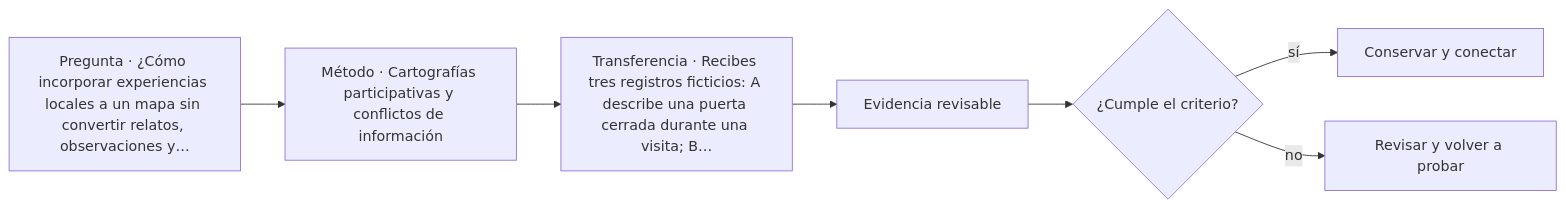
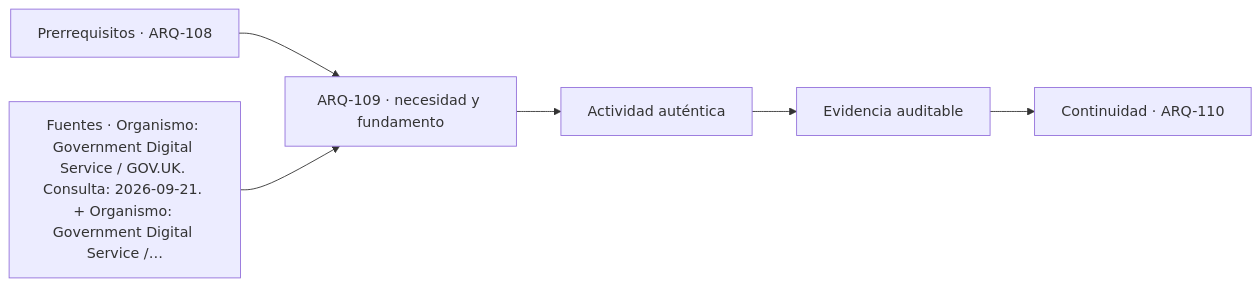
One commit to vladimiracunadev-create/architecture-built-environment-learning-program changed the diagram in classes/parte-11/ARQ-109.md. Above: the diagram before and after it, drawn with Mermaid. The commit also changed other lines of this file and 761 other files, not shown here.

````diff
--- a/classes/parte-11/ARQ-109.md
+++ b/classes/parte-11/ARQ-109.md
@@ -159,9 +171,8 @@
 ```mermaid
 flowchart LR
-    Q["Pregunta · ¿Cómo incorporar experiencias locales a un mapa sin convertir relatos, observaciones y…"] --> M["Método · Cartografías participativas y conflictos de información"]
-    M --> P["Transferencia · Recibes tres registros ficticios: A describe una puerta cerrada durante una visita; B…"]
-    P --> E["Evidencia revisable"]
-    E --> C{"¿Cumple el criterio?"}
-    C -->|sí| T["Conservar y conectar"]
-    C -->|no| R["Revisar y volver a probar"]
+    A["Prerrequisitos · ARQ-108"] --> B["ARQ-109 · necesidad y fundamento"]
+    S["Fuentes · Organismo: Government Digital Service / GOV.UK. Consulta: 2026-09-21. + Organismo: Government Digital Service /…"] --> B
+    B --> C["Actividad auténtica"]
+    C --> D["Evidencia auditable"]
+    D --> E["Continuidad · ARQ-110"]
 ```
````
